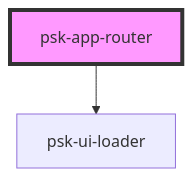
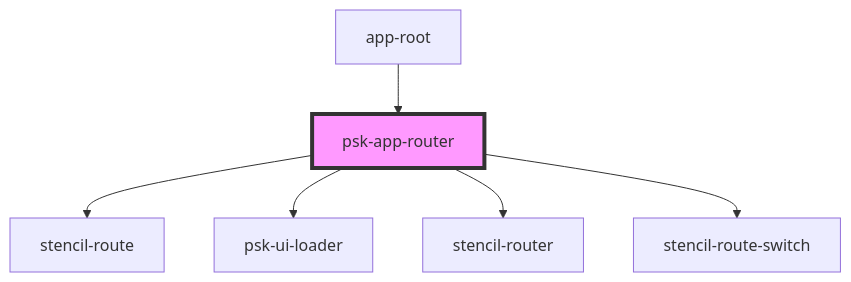
One commit to daniel-visoiu/cardinal changed the diagram in src/components/psk-app-router/readme.md. Above: the diagram before and after it, drawn with Mermaid. The commit also changed other lines of this file and 9 other files, not shown here.

Commit message:
added app-root in psk-webcomponents. it should be removed from other projects (pwc-apps,WGApps)

````diff
--- a/src/components/psk-app-router/readme.md
+++ b/src/components/psk-app-router/readme.md
@@ -30,5 +38,9 @@
 ```mermaid
 graph TD;
+  psk-app-router --> stencil-route
   psk-app-router --> psk-ui-loader
+  psk-app-router --> stencil-router
+  psk-app-router --> stencil-route-switch
+  app-root --> psk-app-router
   style psk-app-router fill:#f9f,stroke:#333,stroke-width:4px
 ```
````
